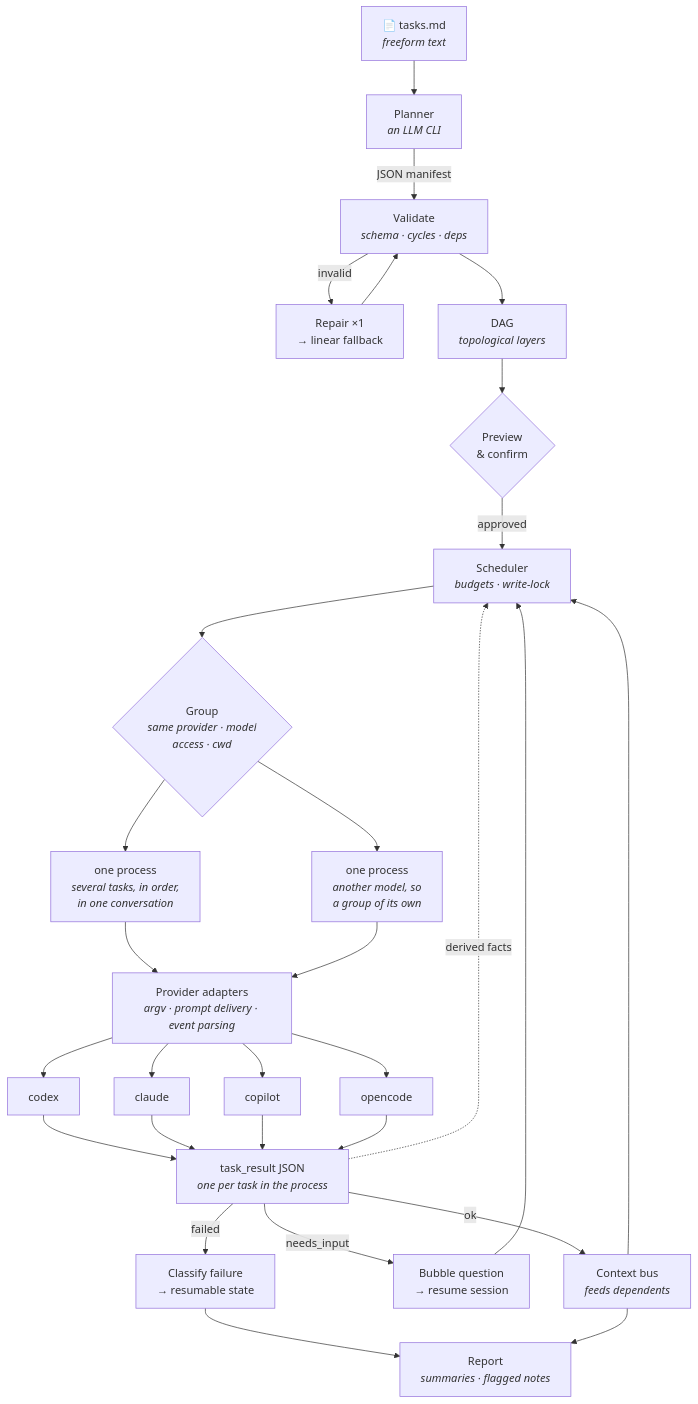
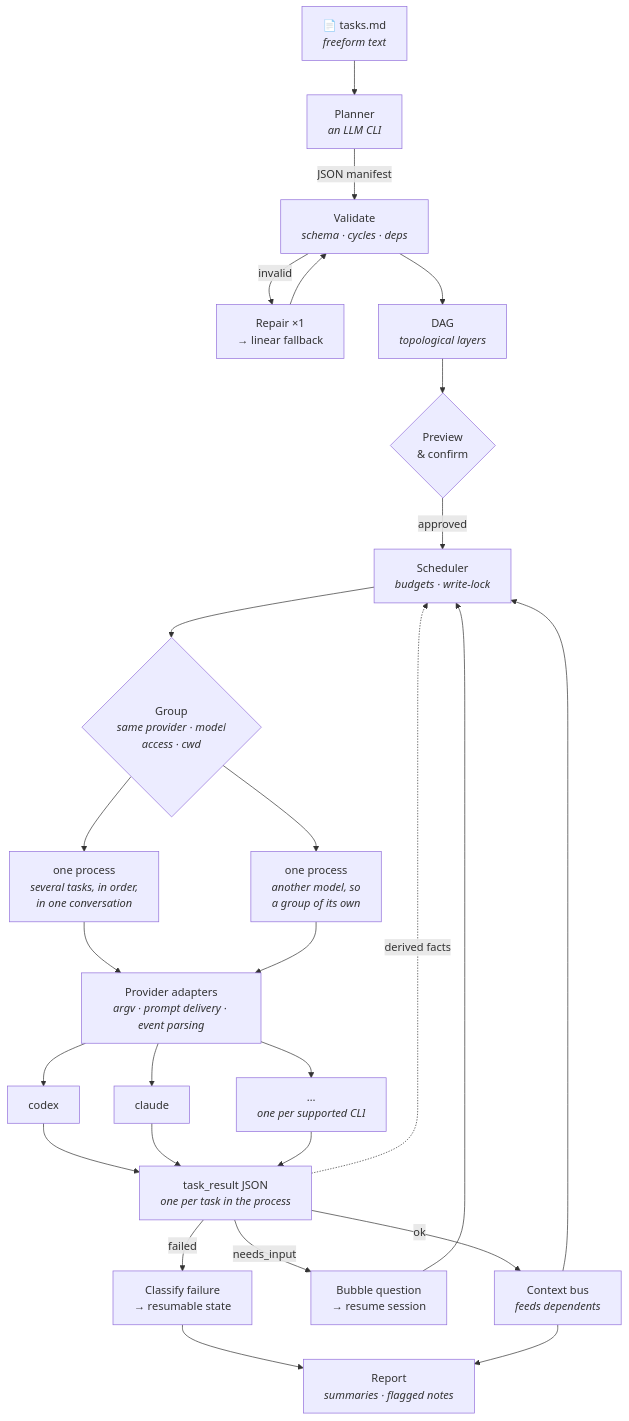
One commit to juliomatcom/baya-cli changed the diagram in README.md. Above: the diagram before and after it, drawn with Mermaid.

Commit message:
docs(readme): stop enumerating every provider in the diagram
The fan-out named all four adapters, so it grew a node and an edge with every
provider added — grok next. It now shows the two live-verified adapters and a
generic third, which is the shape the diagram is actually there to communicate;
the Providers table right below it stays the roster and keeps per-provider
status.

Uses `…` rather than a literal `<...>`: the diagram has HTML enabled (`<br/>`,
`<i>`), so angle brackets risk being parsed as a tag and swallowed.

````diff
--- a/README.md
+++ b/README.md
@@ -136,38 +136,36 @@
 ```mermaid
 flowchart TB
     MD["📄 tasks.md<br/><i>freeform text</i>"] --> P["Planner<br/><i>an LLM CLI</i>"]
     P -->|JSON manifest| V["Validate<br/><i>schema · cycles · deps</i>"]
     V -->|invalid| R["Repair ×1<br/>→ linear fallback"]
     R --> V
     V --> G["DAG<br/><i>topological layers</i>"]
     G --> GATE{"Preview<br/>& confirm"}
     GATE -->|approved| S["Scheduler<br/><i>budgets · write-lock</i>"]
 
     S --> GRP{"Group<br/><i>same provider · model<br/>access · cwd</i>"}
 
     GRP --> P1["one process<br/><i>several tasks, in order,<br/>in one conversation</i>"]
     GRP --> P2["one process<br/><i>another model, so<br/>a group of its own</i>"]
 
     P1 --> AD["Provider adapters<br/><i>argv · prompt delivery · event parsing</i>"]
     P2 --> AD
 
     AD --> C1["codex"]
     AD --> C2["claude"]
-    AD --> C3["copilot"]
-    AD --> C4["opencode"]
+    AD --> CN["…<br/><i>one per supported CLI</i>"]
 
     C1 --> RES["task_result JSON<br/><i>one per task in the process</i>"]
     C2 --> RES
-    C3 --> RES
-    C4 --> RES
+    CN --> RES
 
     RES -->|ok| BUS["Context bus<br/><i>feeds dependents</i>"]
     RES -->|needs_input| ASK["Bubble question<br/>→ resume session"]
     RES -->|failed| REC["Classify failure<br/>→ resumable state"]
 
     RES -.->|derived facts| S
     BUS --> S
     ASK --> S
     REC --> OUT["Report<br/><i>summaries · flagged notes</i>"]
     BUS --> OUT
 ```
````
